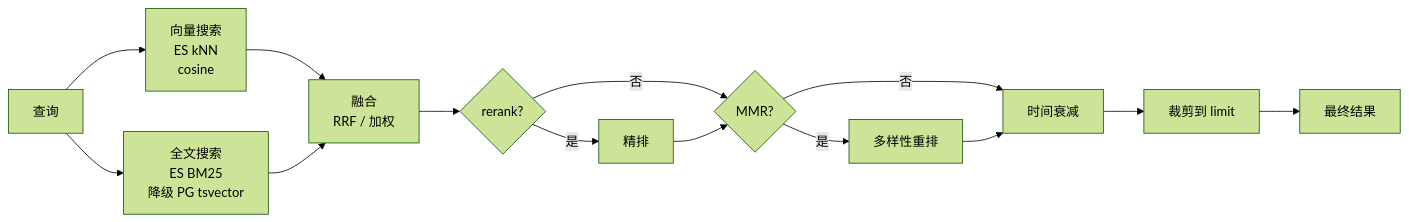
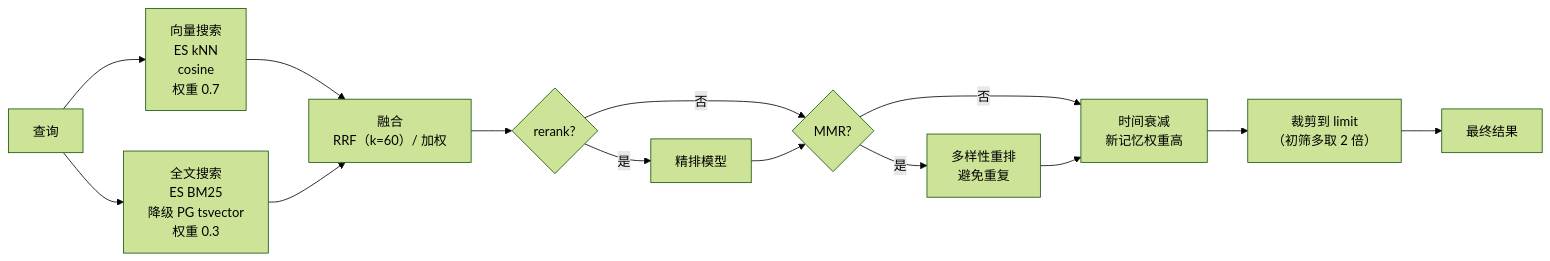
One commit to GGwujun/deep-dive-winmatrix changed the second of 3 diagrams in src/part4-agent/ch12-memory.md. Above: the diagram before and after it, drawn with Mermaid (forest theme). The commit also changed other lines of this file and 35 other files, not shown here.

````diff
--- a/src/part4-agent/ch12-memory.md
+++ b/src/part4-agent/ch12-memory.md
@@ -206,19 +369,19 @@
 ```mermaid
 graph LR
-    Q["查询"] --> VEC["向量搜索<br/>ES kNN<br/>cosine"]
-    Q --> TEXT["全文搜索<br/>ES BM25<br/>降级 PG tsvector"]
+    Q["查询"] --> VEC["向量搜索<br/>ES kNN<br/>cosine<br/>权重 0.7"]
+    Q --> TEXT["全文搜索<br/>ES BM25<br/>降级 PG tsvector<br/>权重 0.3"]
 
-    VEC --> FUSE["融合<br/>RRF / 加权"]
+    VEC --> FUSE["融合<br/>RRF（k=60）/ 加权"]
     TEXT --> FUSE
 
     FUSE --> RERANK{"rerank?"}
-    RERANK -->|"是"| RERANK_EXE["精排"]
+    RERANK -->|"是"| RERANK_EXE["精排模型"]
     RERANK -->|"否"| MMR
     RERANK_EXE --> MMR{"MMR?"}
 
-    MMR -->|"是"| MMR_EXE["多样性重排"]
+    MMR -->|"是"| MMR_EXE["多样性重排<br/>避免重复"]
     MMR -->|"否"| DECAY
-    MMR_EXE --> DECAY["时间衰减"]
-    DECAY --> TRIM["裁剪到 limit"]
+    MMR_EXE --> DECAY["时间衰减<br/>新记忆权重高"]
+    DECAY --> TRIM["裁剪到 limit<br/>（初筛多取 2 倍）"]
     TRIM --> RESULT["最终结果"]
 ```
````
